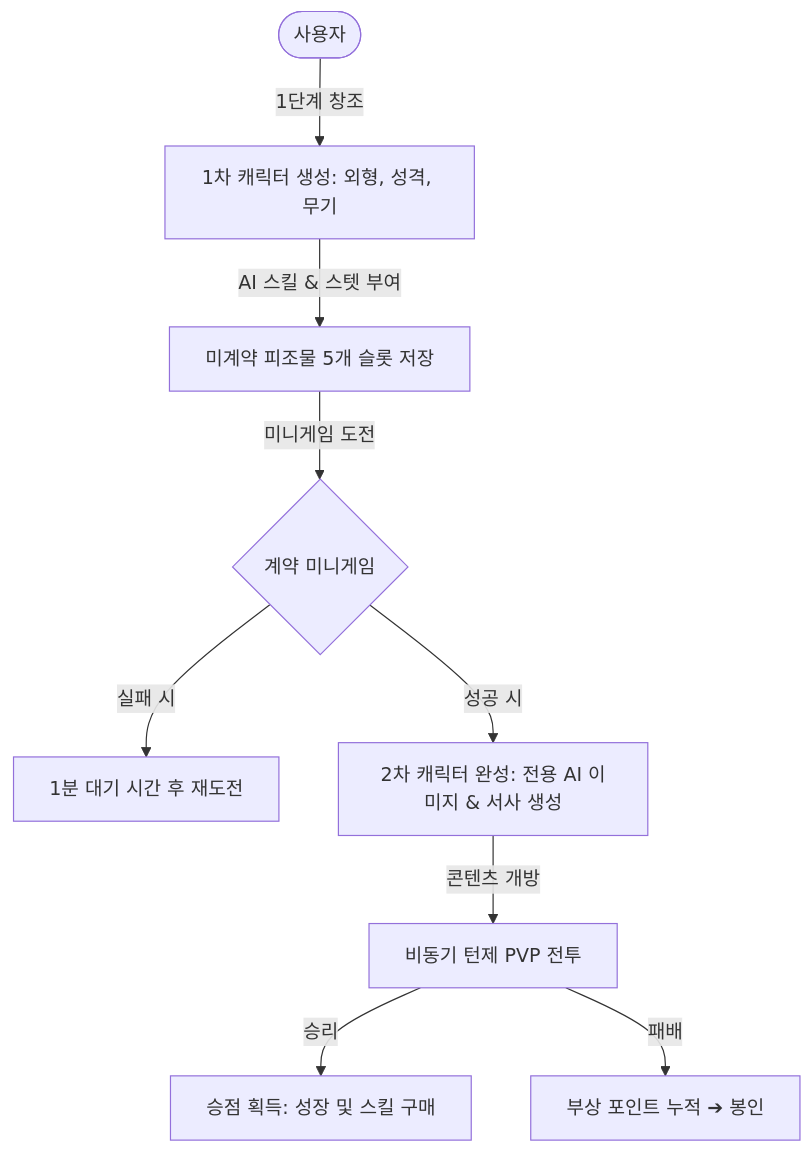
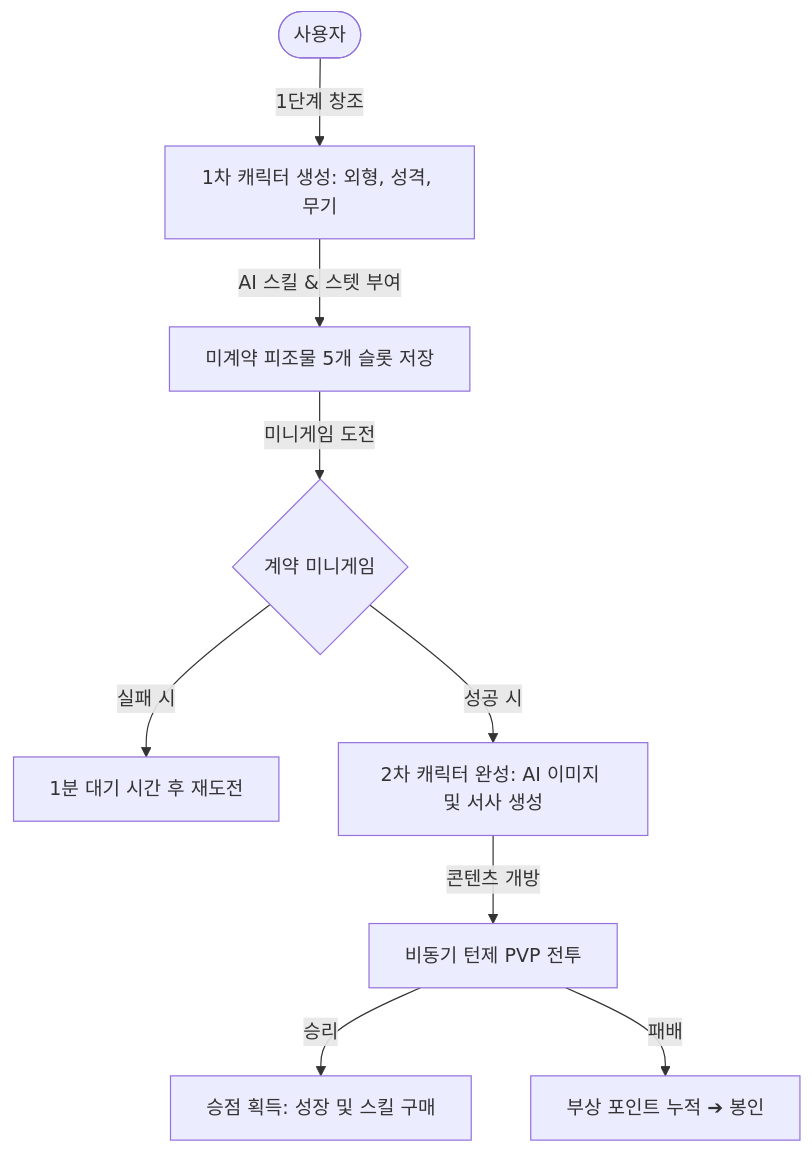
One commit to EveNight-Lab/m.m.m changed the first of 2 diagrams in README.md. Above: the diagram before and after it, drawn with Mermaid. The commit also changed other lines of this file, not shown here.

````diff
--- a/README.md
+++ b/README.md
@@ -24,11 +24,11 @@
 ```mermaid
 graph TD
     User([사용자]) -->|1단계 창조| Gen1[1차 캐릭터 생성: 외형, 성격, 무기]
     Gen1 -->|AI 스킬 & 스텟 부여| Slot[미계약 피조물 5개 슬롯 저장]
     Slot -->|미니게임 도전| Contract{계약 미니게임}
     Contract -->|실패 시| Cooldown[1분 대기 시간 후 재도전]
-    Contract -->|성공 시| Gen2[2차 캐릭터 완성: 전용 AI 이미지 & 서사 생성]
+    Contract -->|성공 시| Gen2[2차 캐릭터 완성: AI 이미지 및 서사 생성]
     Gen2 -->|콘텐츠 개방| Combat[비동기 턴제 PVP 전투]
     Combat -->|승리| Reward[승점 획득: 성장 및 스킬 구매]
     Combat -->|패배| Injury[부상 포인트 누적 ➔ 봉인]
 ```
````
